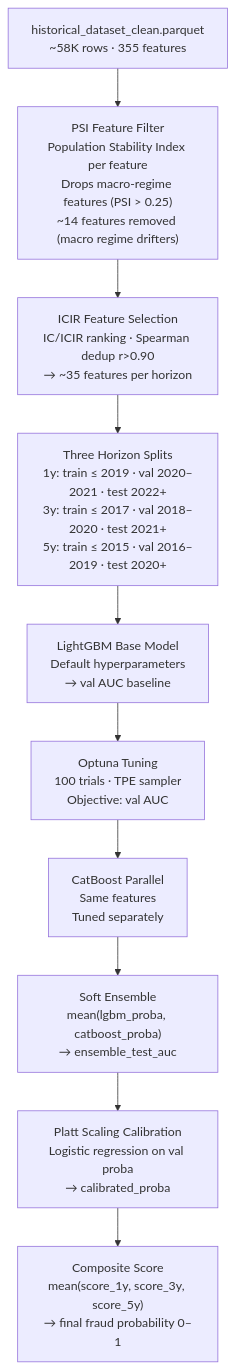
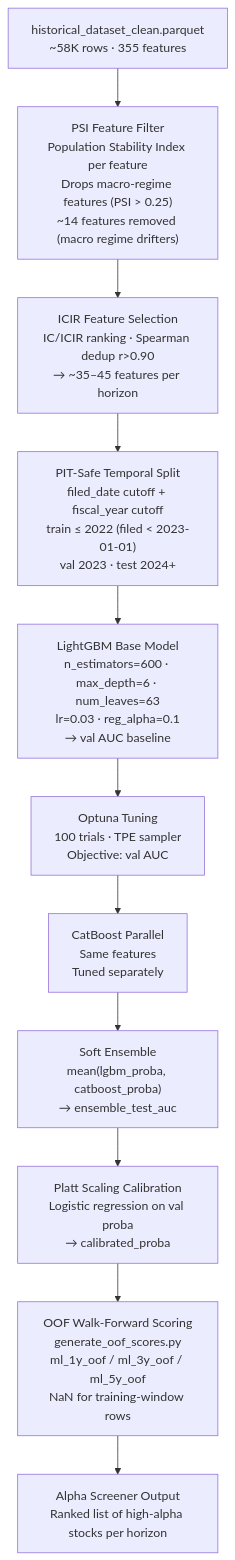
One commit to sherlock718/stock-fraud-screener changed the diagram in docs/methodology/models.md. Above: the diagram before and after it, drawn with Mermaid. The commit also changed other lines of this file and 6 other files, not shown here.

First line of the commit message:
feat(models): Phase C1 — OOF scorer + filed-date PIT fix + enhanced model config

````diff
--- a/docs/methodology/models.md
+++ b/docs/methodology/models.md
@@ -5,12 +5,13 @@
 ```mermaid
 flowchart TD
     A["historical_dataset_clean.parquet<br/>~58K rows · 355 features"] --> PSI["PSI Feature Filter<br/>Population Stability Index per feature<br/>Drops macro-regime features (PSI > 0.25)<br/>~14 features removed (macro regime drifters)"]
-    PSI --> B["ICIR Feature Selection<br/>IC/ICIR ranking · Spearman dedup r>0.90<br/>→ ~35 features per horizon"]
-    B --> C["Three Horizon Splits<br/>1y: train ≤ 2019 · val 2020–2021 · test 2022+<br/>3y: train ≤ 2017 · val 2018–2020 · test 2021+<br/>5y: train ≤ 2015 · val 2016–2019 · test 2020+"]
-    C --> D["LightGBM Base Model<br/>Default hyperparameters<br/>→ val AUC baseline"]
+    PSI --> B["ICIR Feature Selection<br/>IC/ICIR ranking · Spearman dedup r>0.90<br/>→ ~35–45 features per horizon"]
+    B --> C["PIT-Safe Temporal Split<br/>filed_date cutoff + fiscal_year cutoff<br/>train ≤ 2022 (filed < 2023-01-01)<br/>val 2023 · test 2024+"]
+    C --> D["LightGBM Base Model<br/>n_estimators=600 · max_depth=6 · num_leaves=63<br/>lr=0.03 · reg_alpha=0.1<br/>→ val AUC baseline"]
     D --> E["Optuna Tuning<br/>100 trials · TPE sampler<br/>Objective: val AUC"]
     E --> F["CatBoost Parallel<br/>Same features<br/>Tuned separately"]
     F --> G["Soft Ensemble<br/>mean(lgbm_proba, catboost_proba)<br/>→ ensemble_test_auc"]
     G --> H["Platt Scaling Calibration<br/>Logistic regression on val proba<br/>→ calibrated_proba"]
-    H --> I["Composite Score<br/>mean(score_1y, score_3y, score_5y)<br/>→ final fraud probability 0–1"]
+    H --> I["OOF Walk-Forward Scoring<br/>generate_oof_scores.py<br/>ml_1y_oof / ml_3y_oof / ml_5y_oof<br/>NaN for training-window rows"]
+    I --> J["Alpha Screener Output<br/>Ranked list of high-alpha stocks per horizon"]
 ```
````
